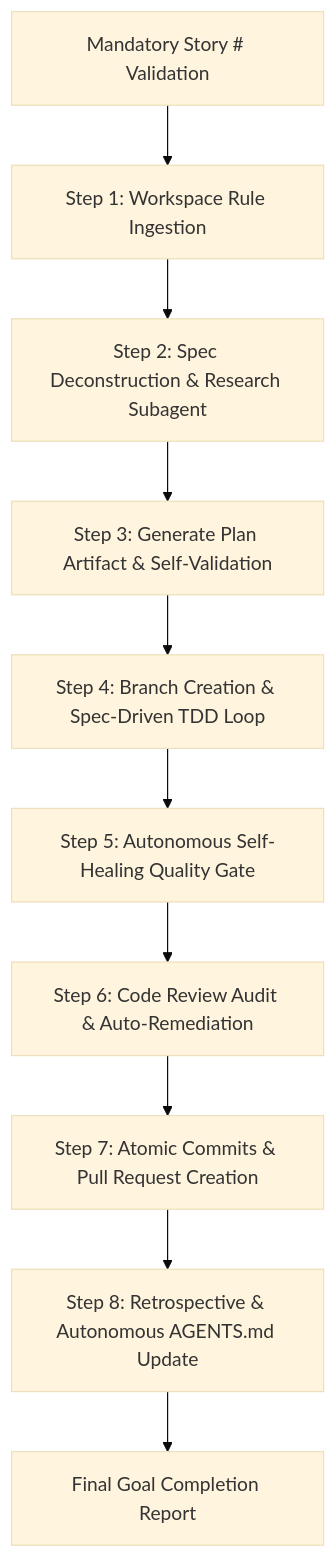
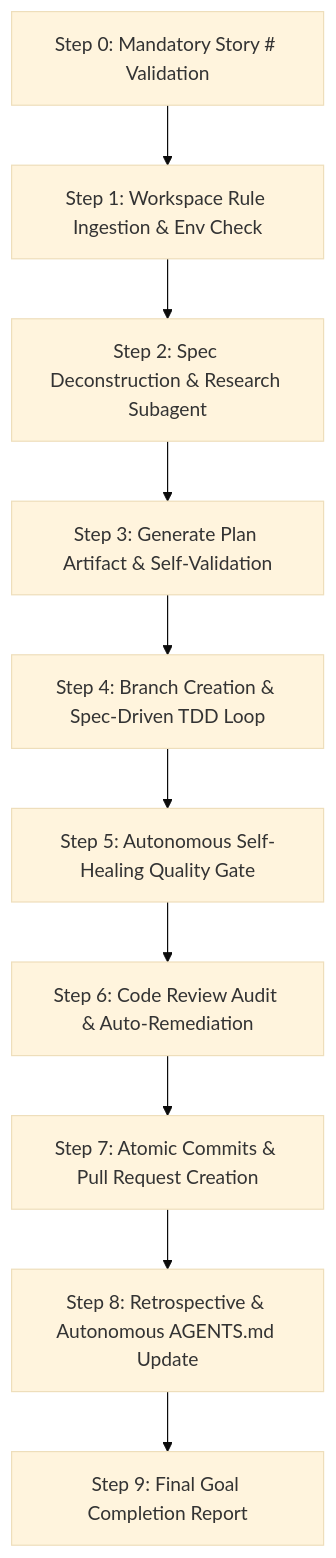
Before and after one commit to premkumar-masilamani/skills: the diagram in software/implement-github-story/SKILL.md, drawn with Mermaid (base theme). The commit also changed other lines of this file, not shown here.

First line of the commit message:
refactor(skills): keep implement-github-story sequential and polish /goal mode (#8)

````diff
--- a/software/implement-github-story/SKILL.md
+++ b/software/implement-github-story/SKILL.md
@@ -18,12 +27,12 @@
 ```mermaid
 flowchart TD
-    A[Mandatory Story # Validation] --> B[Step 1: Workspace Rule Ingestion]
+    A[Step 0: Mandatory Story # Validation] --> B[Step 1: Workspace Rule Ingestion & Env Check]
     B --> C[Step 2: Spec Deconstruction & Research Subagent]
     C --> D[Step 3: Generate Plan Artifact & Self-Validation]
     D --> E[Step 4: Branch Creation & Spec-Driven TDD Loop]
     E --> F[Step 5: Autonomous Self-Healing Quality Gate]
     F --> G[Step 6: Code Review Audit & Auto-Remediation]
     G --> H[Step 7: Atomic Commits & Pull Request Creation]
     H --> I[Step 8: Retrospective & Autonomous AGENTS.md Update]
-    I --> J[Final Goal Completion Report]
+    I --> J[Step 9: Final Goal Completion Report]
 ```
````
